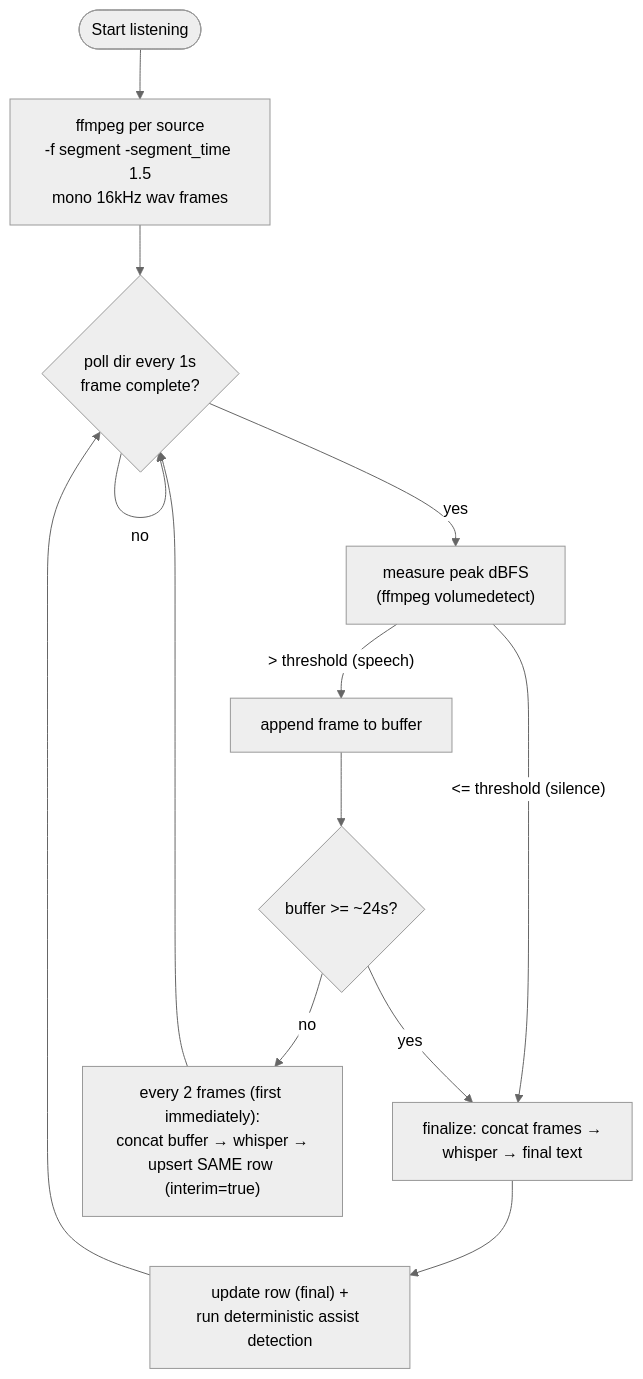
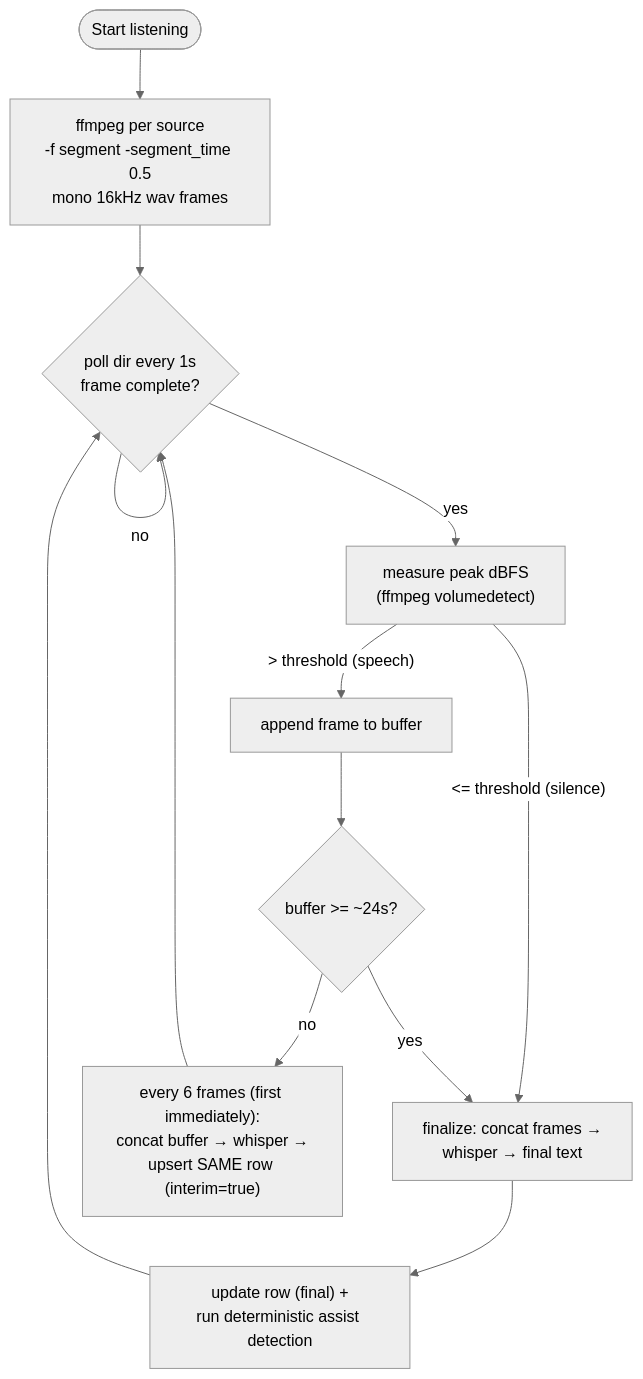
One commit to phanbaohuy96/context-pilot changed the second of 3 diagrams in docs/features/meeting-assistant.md. Above: the diagram before and after it, drawn with Mermaid (neutral theme). The commit also changed other lines of this file and 1 other file, not shown here.

Commit message:
Shrink VAD frame to 0.5s so finalize cuts on real pauses
At FRAME_SECONDS=1.5 the peak-volume silence gate almost never saw a
fully-silent frame (real inter-sentence pauses are ~0.5s median), so the
24s hard cap dominated and chopped sentences mid-clause — 66% of
utterances in a real session hit the cap.

Simulating the exact segmentation logic against the real recording:
1.5s -> median 24s/utterance, 67% cap-hits; 0.5s -> median 7.8s, 14%
cap-hits, 86% of cuts landing on real pauses. Drop FRAME_SECONDS to 0.5
(MAX_UTTERANCE_FRAMES auto-recomputes to keep the 24s ceiling) and raise
INTERIM_EVERY_FRAMES 2->6 to hold the interim re-transcribe at ~3s so
whisper load is unchanged (it runs on the concatenated buffer).

````diff
--- a/docs/features/meeting-assistant.md
+++ b/docs/features/meeting-assistant.md
@@ -65,15 +65,15 @@
 ```mermaid
 flowchart TD
-  start([Start listening]) --> spawn["ffmpeg per source\n-f segment -segment_time 1.5\nmono 16kHz wav frames"]
+  start([Start listening]) --> spawn["ffmpeg per source\n-f segment -segment_time 0.5\nmono 16kHz wav frames"]
   spawn --> poll{"poll dir every 1s\nframe complete?"}
   poll -->|no| poll
   poll -->|yes| vad["measure peak dBFS\n(ffmpeg volumedetect)"]
   vad -->|"> threshold (speech)"| buf["append frame to buffer"]
   vad -->|"<= threshold (silence)"| final
   buf --> cap{"buffer >= ~24s?"}
   cap -->|yes| final["finalize: concat frames →\nwhisper → final text"]
-  cap -->|no| interim["every 2 frames (first immediately):\nconcat buffer → whisper →\nupsert SAME row (interim=true)"]
+  cap -->|no| interim["every 6 frames (first immediately):\nconcat buffer → whisper →\nupsert SAME row (interim=true)"]
   interim --> poll
   final --> persist["update row (final) +\nrun deterministic assist detection"]
   persist --> poll
 ```
````
